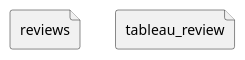
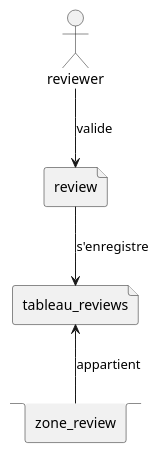
Before and after one commit to Jayque17/Peer-Evaluation: the diagram in uml/enregistrement_review.puml, drawn with PlantUML. The commit also changed 3 other files, not shown here.

Commit message:
more uml

```diff
--- a/uml/enregistrement_review.puml
+++ b/uml/enregistrement_review.puml
@@ -1,6 +1,12 @@
 @startuml
 
-file reviews
-file tableau_review
+actor reviewer
+file review
+file tableau_reviews
+stack zone_review
+
+reviewer --> review : valide
+review --> tableau_reviews : s'enregistre
+tableau_reviews <-- zone_review : appartient
 
 @enduml
```
